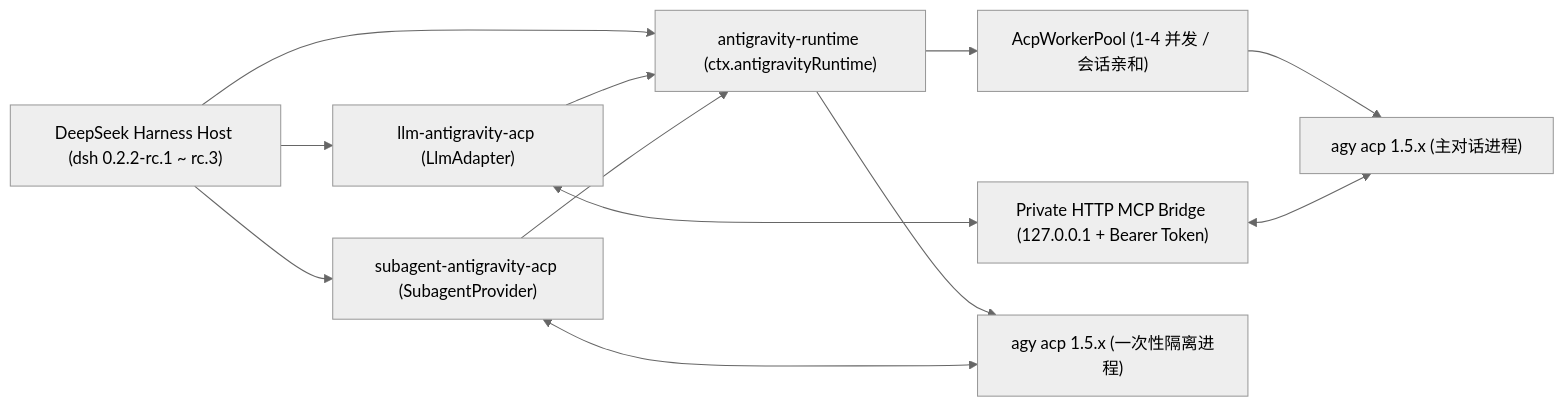
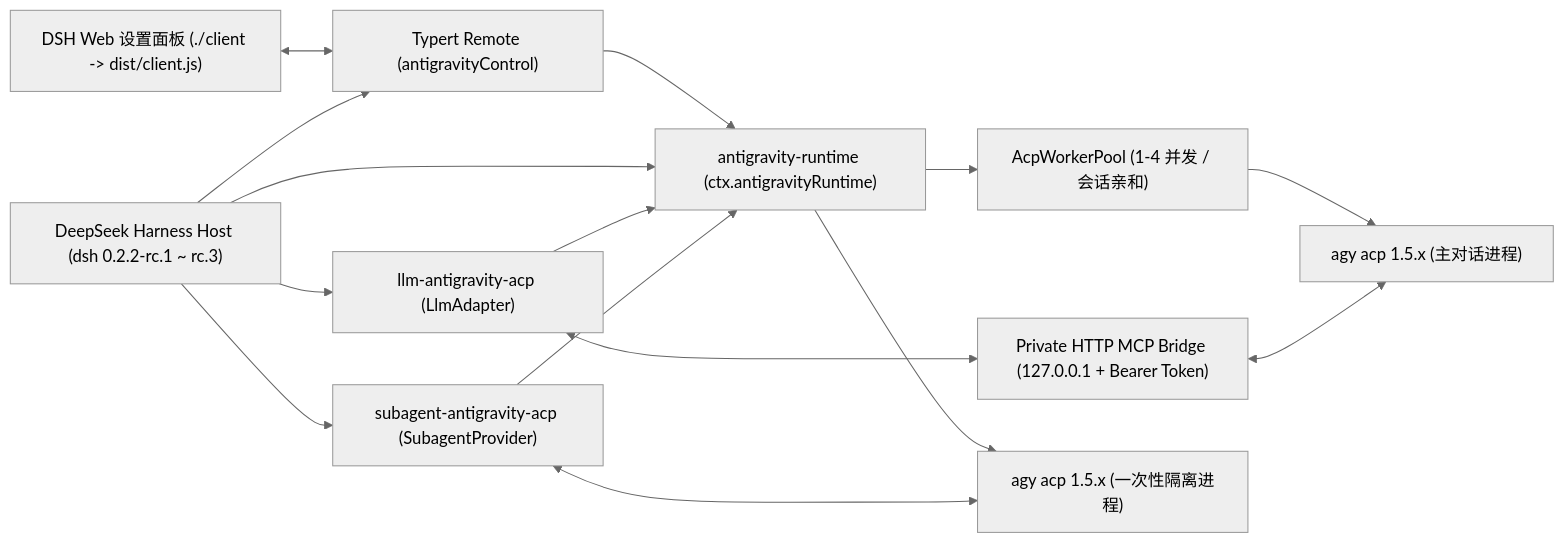
One commit to qq1299235059/dsh-antigravity-acp changed the diagram in README.md. Above: the diagram before and after it, drawn with Mermaid (neutral theme). The commit also changed other lines of this file and 29 other files, not shown here.

Commit message:
feat(ui): add DSH Settings menu for Antigravity CLI install and OAuth login

````diff
--- a/README.md
+++ b/README.md
@@ -39,23 +40,28 @@
 ```mermaid
 flowchart LR
     DSH["DeepSeek Harness Host (dsh 0.2.2-rc.1 ~ rc.3)"]
+    UI["DSH Web 设置面板 (./client -> dist/client.js)"]
+    RPC["Typert Remote (antigravityControl)"]
     RT["antigravity-runtime (ctx.antigravityRuntime)"]
     LLM["llm-antigravity-acp (LlmAdapter)"]
     SUB["subagent-antigravity-acp (SubagentProvider)"]
     BRIDGE["Private HTTP MCP Bridge (127.0.0.1 + Bearer Token)"]
     POOL["AcpWorkerPool (1-4 并发 / 会话亲和)"]
     AGY1["agy acp 1.5.x (主对话进程)"]
     AGY2["agy acp 1.5.x (一次性隔离进程)"]
 
+    UI <--> RPC
+    DSH --> RPC
+    RPC --> RT
     DSH --> RT
     DSH --> LLM
     DSH --> SUB
     LLM --> RT
     SUB --> RT
     LLM <--> BRIDGE
     RT --> POOL
     POOL --> AGY1
     BRIDGE <--> AGY1
     RT --> AGY2
     SUB <--> AGY2
 ```
````
